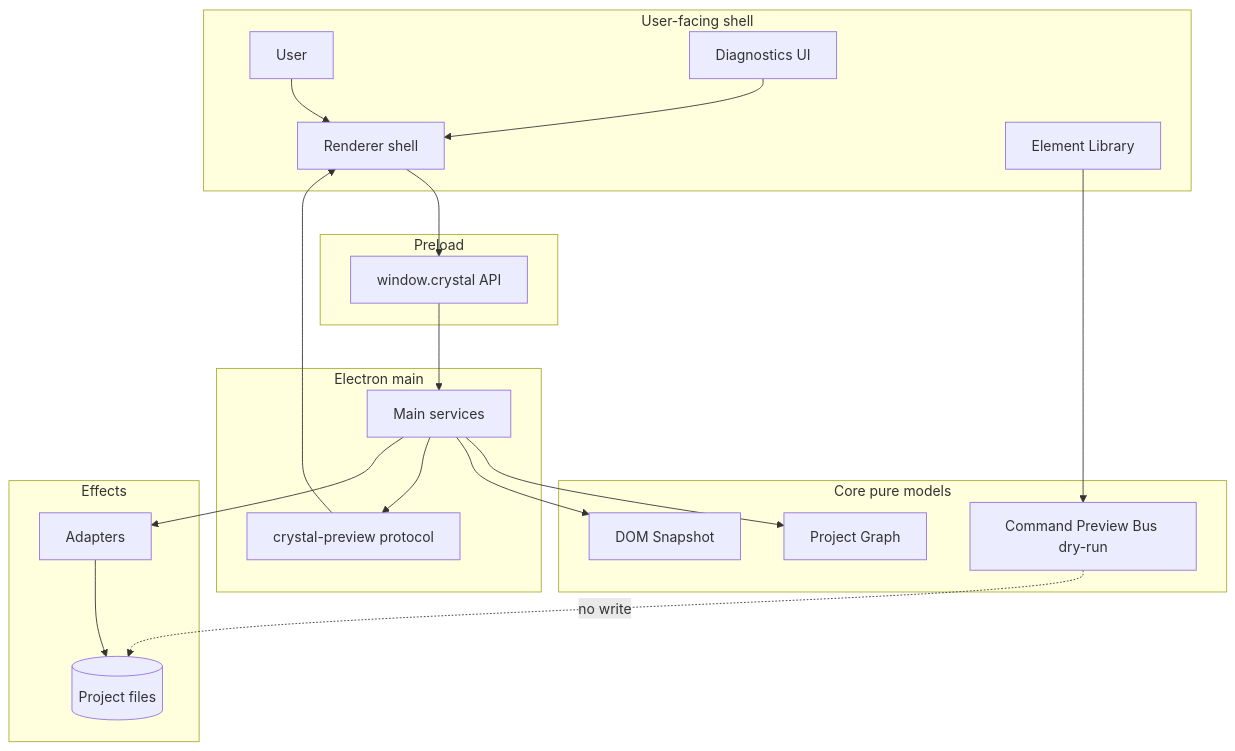
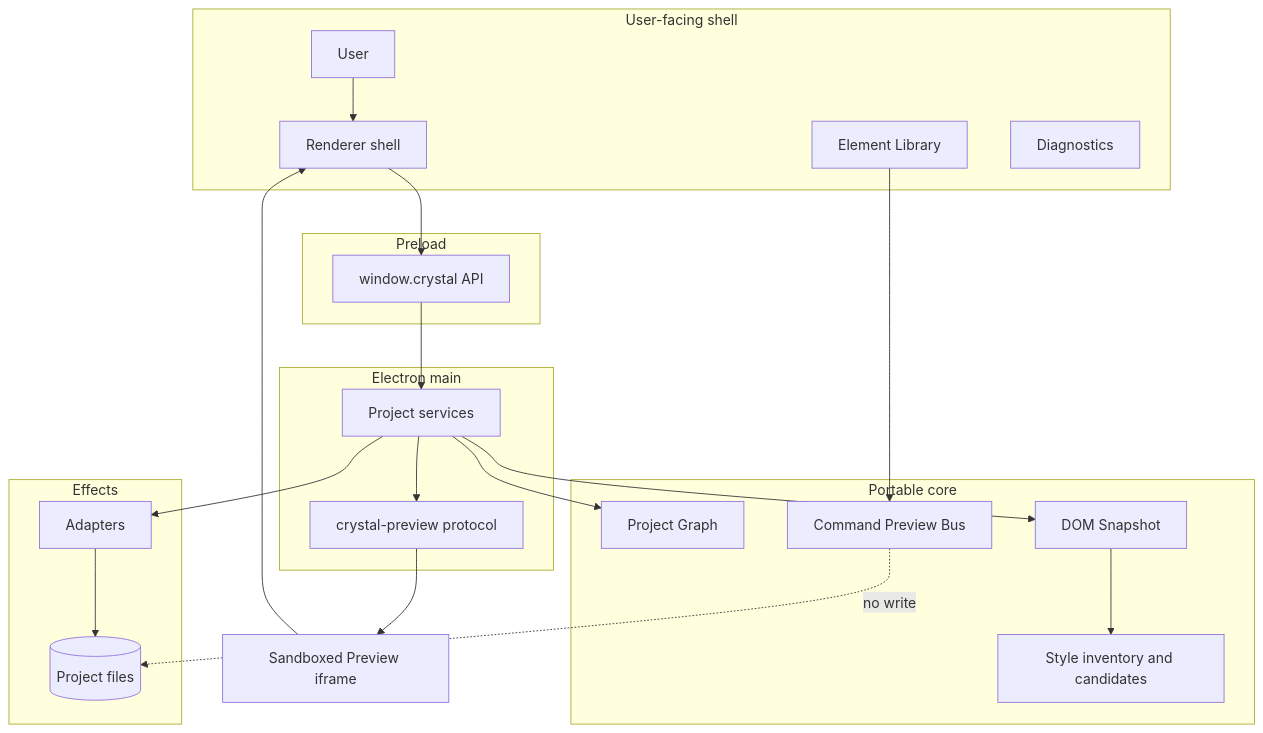
The diagram in docs/architecture/diagrams/system-context.md (krestosa/Crystal), drawn with Mermaid before and after one commit. The commit also changed other lines of this file and 60 other files, not shown here.

````diff
--- a/docs/architecture/diagrams/system-context.md
+++ b/docs/architecture/diagrams/system-context.md
@@ -56,39 +13,35 @@
 ```mermaid
 flowchart TD
   subgraph UserSpace[User-facing shell]
     User[User]
     Renderer[Renderer shell]
-    Diagnostics[Diagnostics UI]
-    ElementLibrary[Element Library]
+    Library[Element Library]
+    Diagnostics[Diagnostics]
   end
-
   subgraph Bridge[Preload]
     API[window.crystal API]
   end
-
   subgraph MainRuntime[Electron main]
-    Main[Main services]
-    PreviewProtocol[crystal-preview protocol]
+    Services[Project services]
+    Protocol[crystal-preview protocol]
   end
-
-  subgraph PureCore[Core pure models]
-    ProjectGraph[Project Graph]
-    CommandPreview[Command Preview Bus dry-run]
+  subgraph PureCore[Portable core]
+    Graph[Project Graph]
     Snapshot[DOM Snapshot]
+    PreviewBus[Command Preview Bus]
+    Styles[Style inventory and candidates]
   end
-
   subgraph Effects[Effects]
     Adapters[Adapters]
-    ProjectFiles[(Project files)]
+    Files[(Project files)]
   end
-
-  User --> Renderer --> API --> Main
-  Main --> ProjectGraph
-  Main --> Snapshot
-  Main --> PreviewProtocol
-  Main --> Adapters --> ProjectFiles
-  ElementLibrary --> CommandPreview
-  CommandPreview -. no write .-> ProjectFiles
-  PreviewProtocol --> Renderer
-  Diagnostics --> Renderer
+  User --> Renderer --> API --> Services
+  Services --> Graph
+  Services --> Snapshot
+  Services --> Adapters --> Files
+  Services --> Protocol --> Frame[Sandboxed Preview iframe]
+  Frame --> Renderer
+  Library --> PreviewBus
+  Snapshot --> Styles
+  PreviewBus -. no write .-> Files
 ```
````
